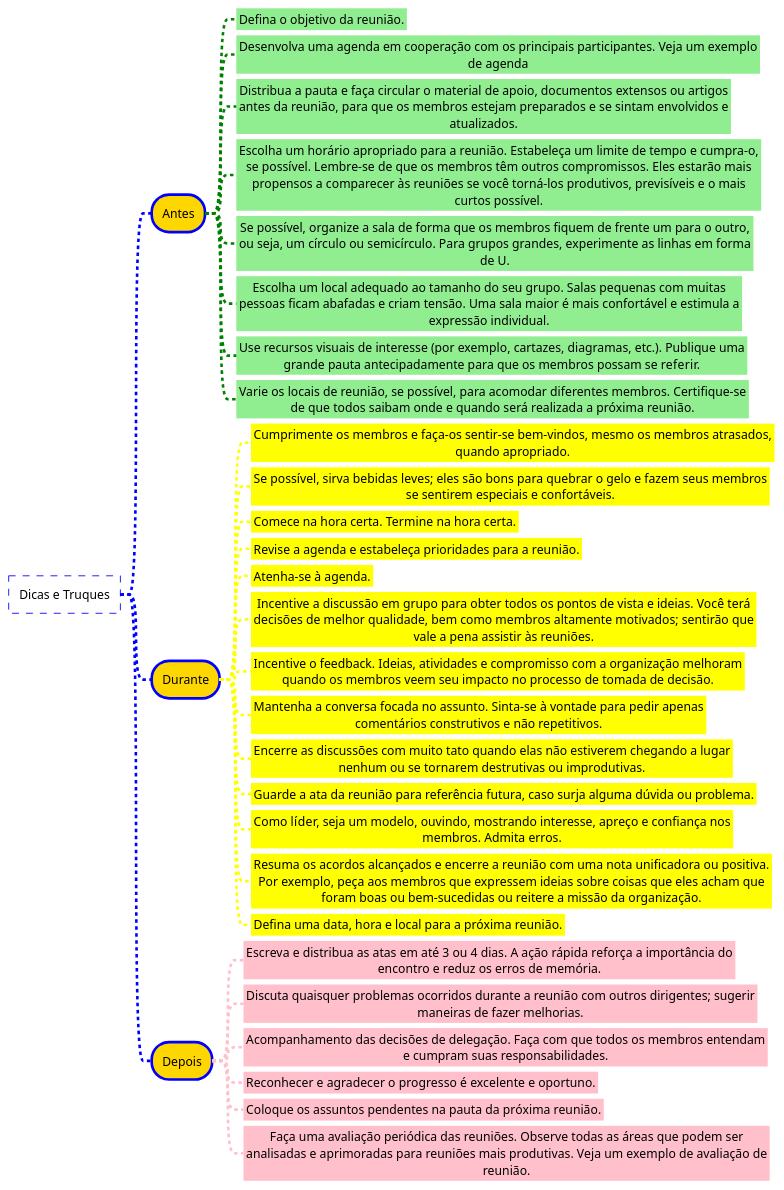
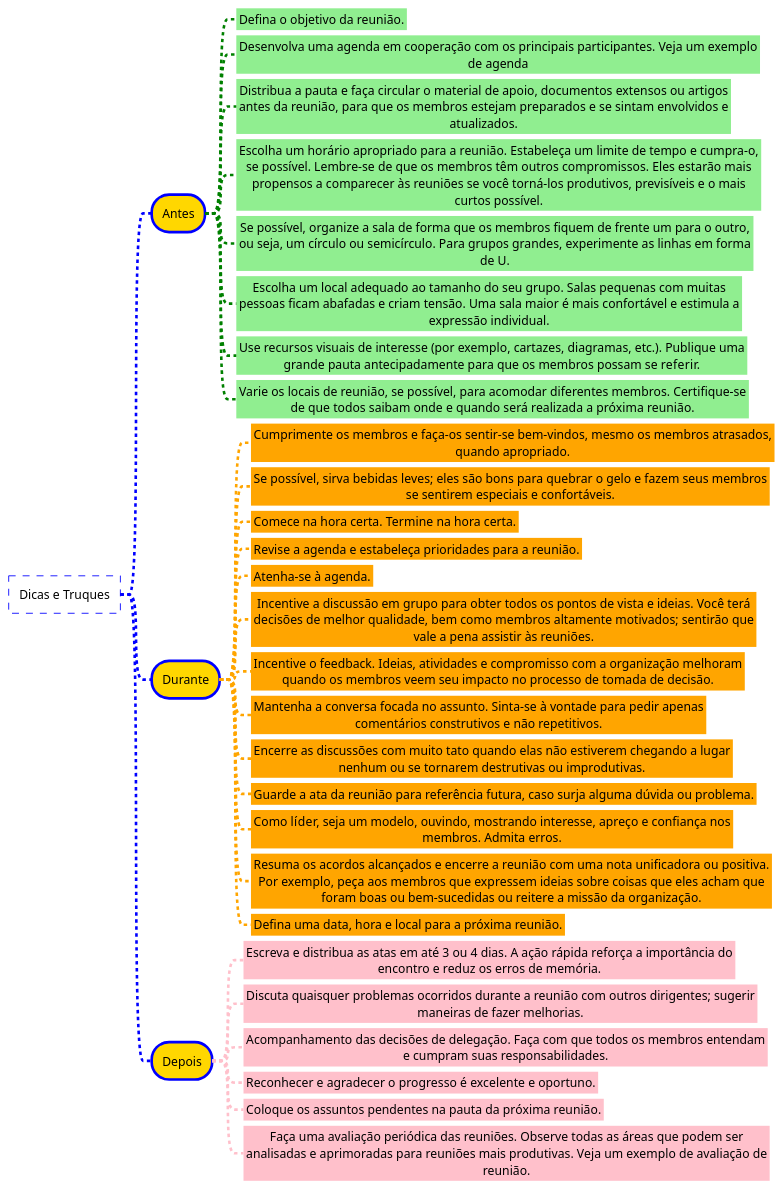
One commit to GiovaniPM/MyCourses changed the diagram in Meetings/reuniao.md. Above: the diagram before and after it, drawn with PlantUML.

Commit message:
giova(DESKTOP-PG18CKU) 210502150114

```diff
--- a/Meetings/reuniao.md
+++ b/Meetings/reuniao.md
@@ -56,11 +56,11 @@
 
 <style>
 leafNode {
-    BackgroundColor yellow
+    BackgroundColor orange
 }
 
 arrow {
-    LineColor yellow
+    LineColor orange
 }
 </style>
 
```
